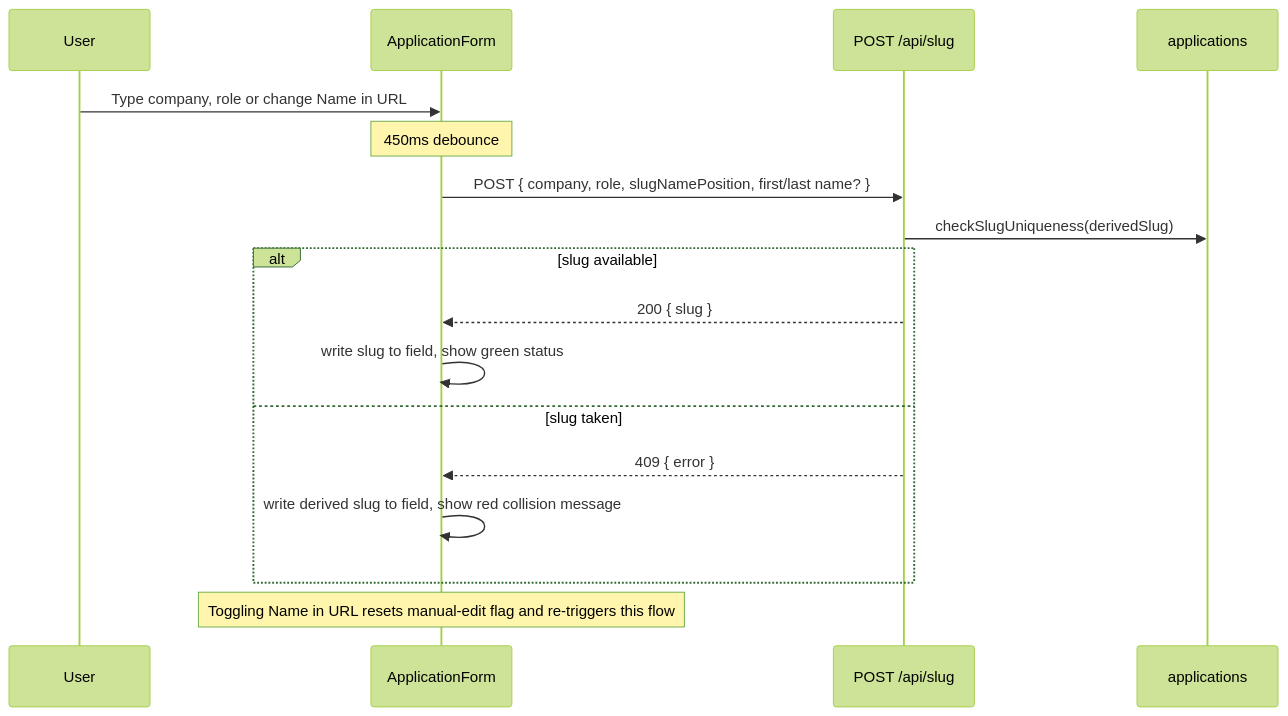
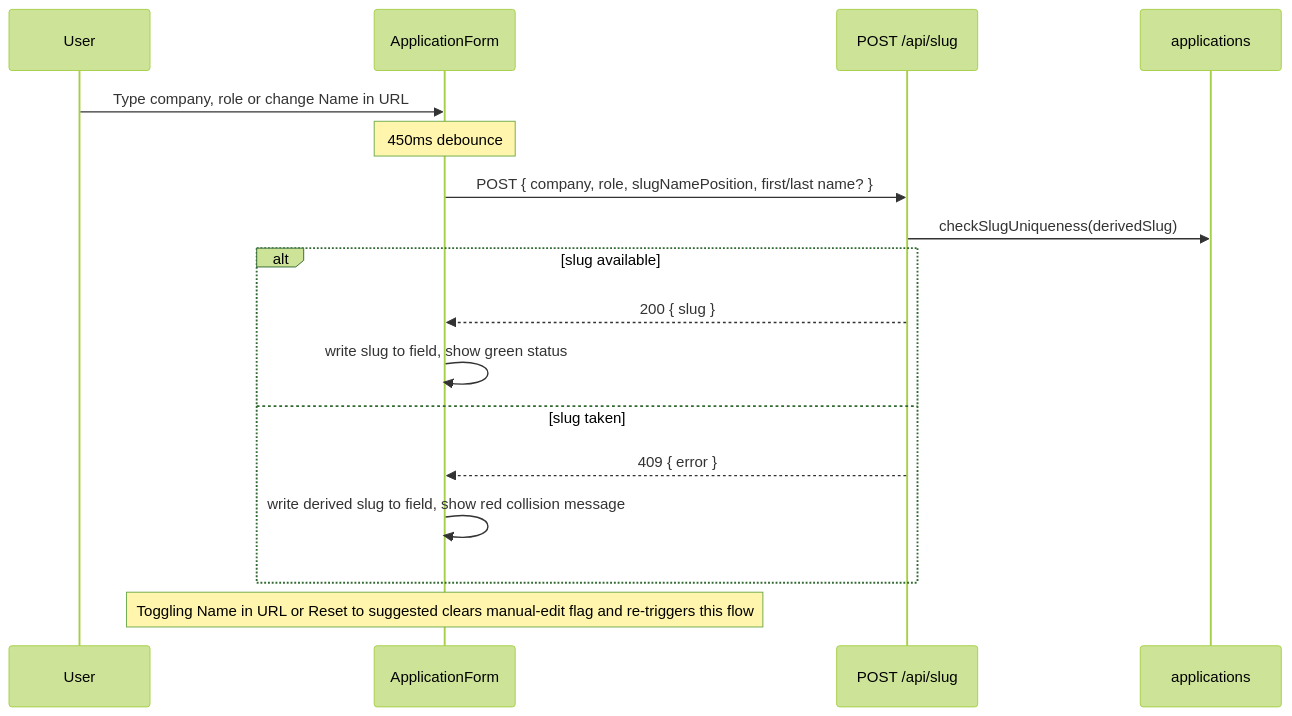
One commit to joan-gerard/my-hire-view changed the sixth of 13 diagrams in docs/DATA_FLOW.md. Above: the diagram before and after it, drawn with Mermaid (forest theme). The commit also changed other lines of this file and 4 other files, not shown here.

Commit message:
feat: add Reset to suggested slug button on create and edit

````diff
--- a/docs/DATA_FLOW.md
+++ b/docs/DATA_FLOW.md
@@ -215,20 +215,20 @@
 ```mermaid
 sequenceDiagram
   participant U as User
   participant Form as ApplicationForm
   participant SlugAPI as POST /api/slug
   participant Applications as applications
 
   U->>Form: Type company, role or change Name in URL
   Note over Form: 450ms debounce
   Form->>SlugAPI: POST { company, role, slugNamePosition, first/last name? }
   SlugAPI->>Applications: checkSlugUniqueness(derivedSlug)
   alt slug available
     SlugAPI-->>Form: 200 { slug }
     Form->>Form: write slug to field, show green status
   else slug taken
     SlugAPI-->>Form: 409 { error }
     Form->>Form: write derived slug to field, show red collision message
   end
-  Note over Form: Toggling Name in URL resets manual-edit flag and re-triggers this flow
+  Note over Form: Toggling Name in URL or Reset to suggested clears manual-edit flag and re-triggers this flow
 ```
````
